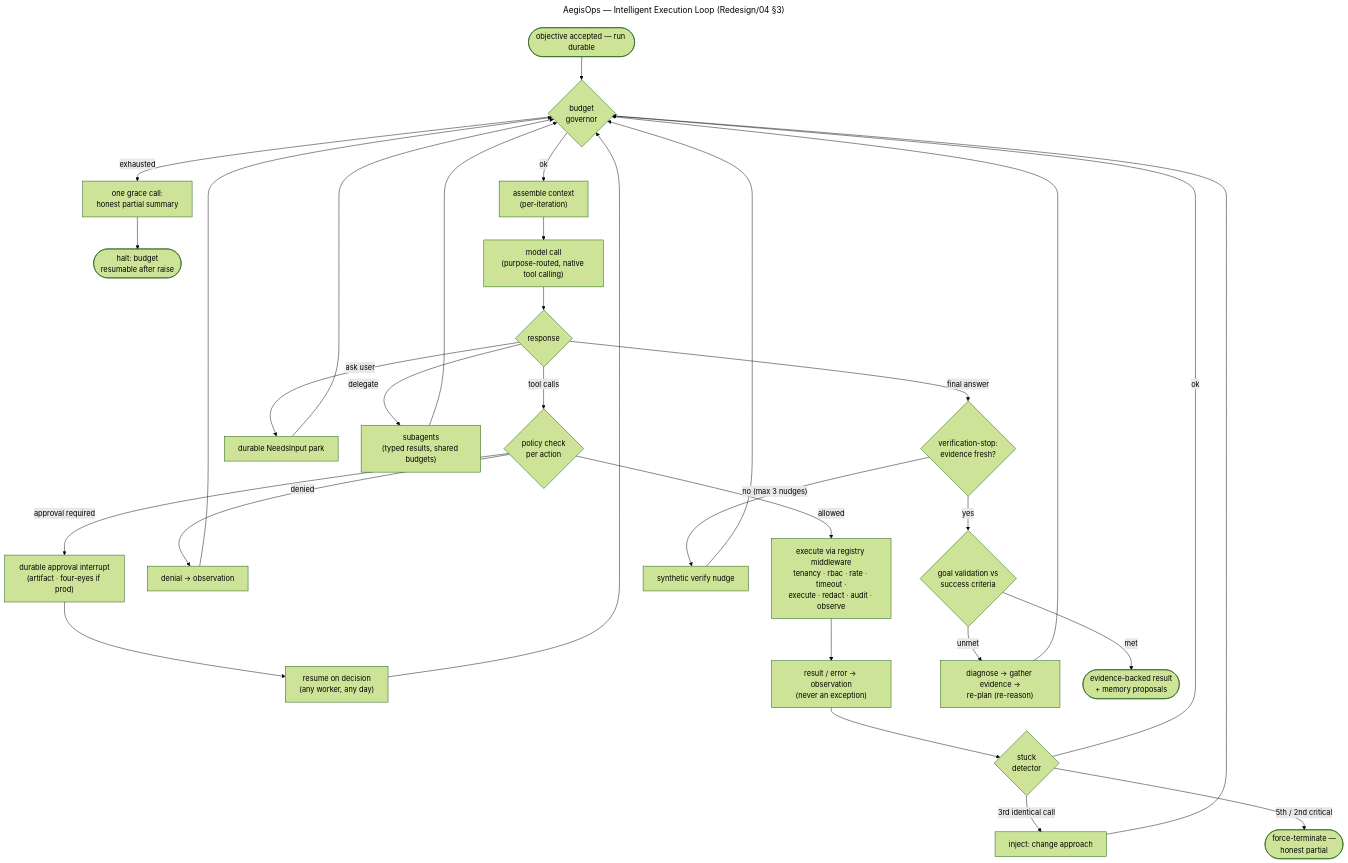
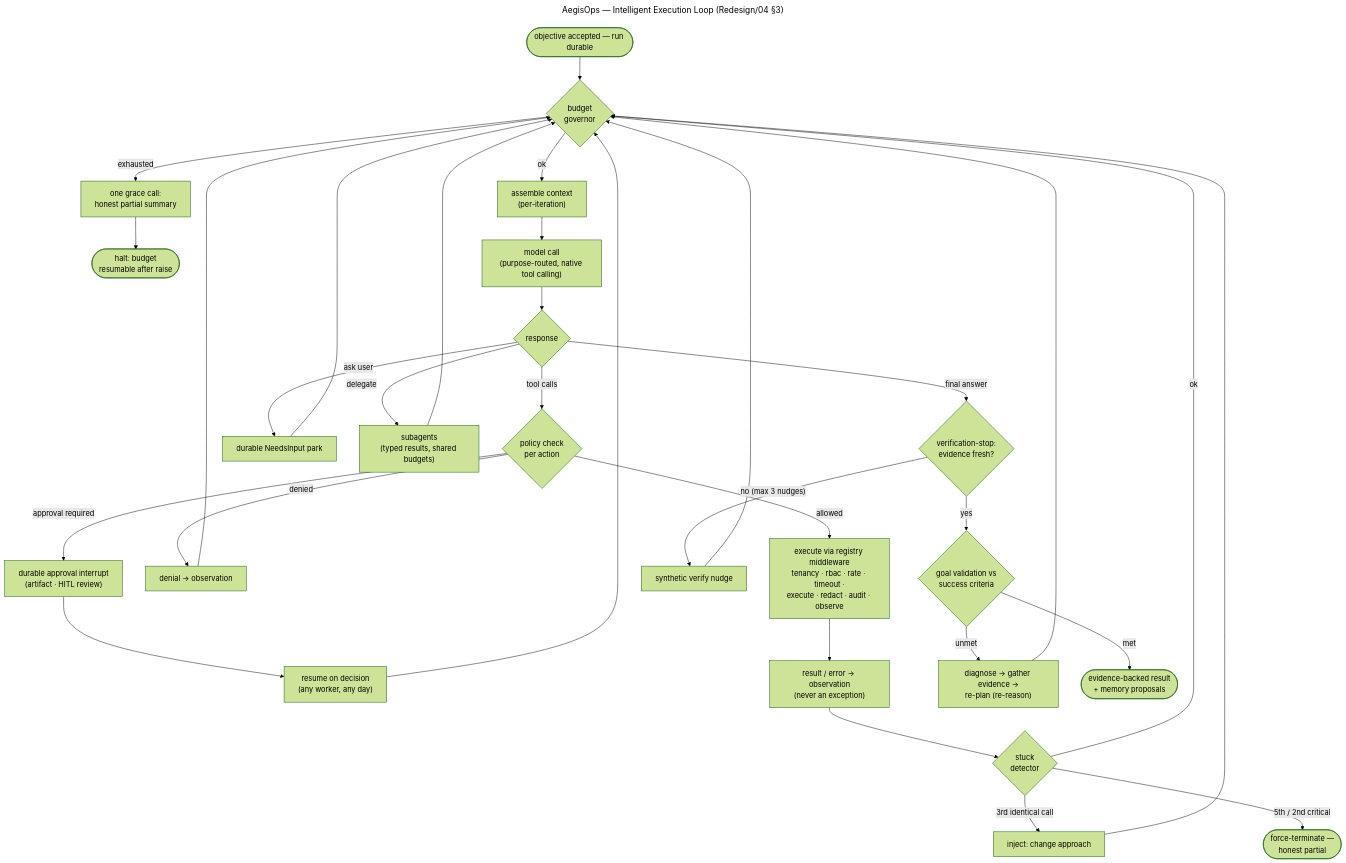
The diagram in Redesign/diagrams/src/agent-loop.mmd (Saikumar22042002/AegisOps_AIOPS), drawn with Mermaid (forest theme) before and after one commit. The commit also changed 18 other files, not shown here.

```diff
--- a/Redesign/diagrams/src/agent-loop.mmd
+++ b/Redesign/diagrams/src/agent-loop.mmd
@@ -1,24 +1,24 @@
 ---
 title: "AegisOps — Intelligent Execution Loop (Redesign/04 §3)"
 ---
 flowchart TB
     START(["objective accepted — run durable"]) --> BG{"budget<br/>governor"}
     BG -- "exhausted" --> GRACE["one grace call:<br/>honest partial summary"] --> HALT(["halt: budget<br/>resumable after raise"])
     BG -- "ok" --> CTX["assemble context<br/>(per-iteration)"]
     CTX --> LLM["model call<br/>(purpose-routed, native tool calling)"]
     LLM --> Q{"response"}
     Q -- "tool calls" --> POL{"policy check<br/>per action"}
-    POL -- "approval required" --> PARK["durable approval interrupt<br/>(artifact · four-eyes if prod)"] --> RESUME["resume on decision<br/>(any worker, any day)"] --> BG
+    POL -- "approval required" --> PARK["durable approval interrupt<br/>(artifact · HITL review)"] --> RESUME["resume on decision<br/>(any worker, any day)"] --> BG
     POL -- "denied" --> OBSD["denial → observation"] --> BG
     POL -- "allowed" --> EXEC["execute via registry middleware<br/>tenancy · rbac · rate · timeout ·<br/>execute · redact · audit · observe"]
     EXEC --> OBS["result / error → observation<br/>(never an exception)"] --> STUCK{"stuck<br/>detector"}
     STUCK -- "3rd identical call" --> NUDGE["inject: change approach"] --> BG
     STUCK -- "5th / 2nd critical" --> HALT2(["force-terminate —<br/>honest partial"])
     STUCK -- "ok" --> BG
     Q -- "ask user" --> ASK["durable NeedsInput park"] --> BG
     Q -- "delegate" --> SUB["subagents<br/>(typed results, shared budgets)"] --> BG
     Q -- "final answer" --> VS{"verification-stop:<br/>evidence fresh?"}
     VS -- "no (max 3 nudges)" --> VN["synthetic verify nudge"] --> BG
     VS -- "yes" --> GV{"goal validation vs<br/>success criteria"}
     GV -- "unmet" --> DIAG["diagnose → gather evidence →<br/>re-plan (re-reason)"] --> BG
     GV -- "met" --> DONE(["evidence-backed result<br/>+ memory proposals"])
```
